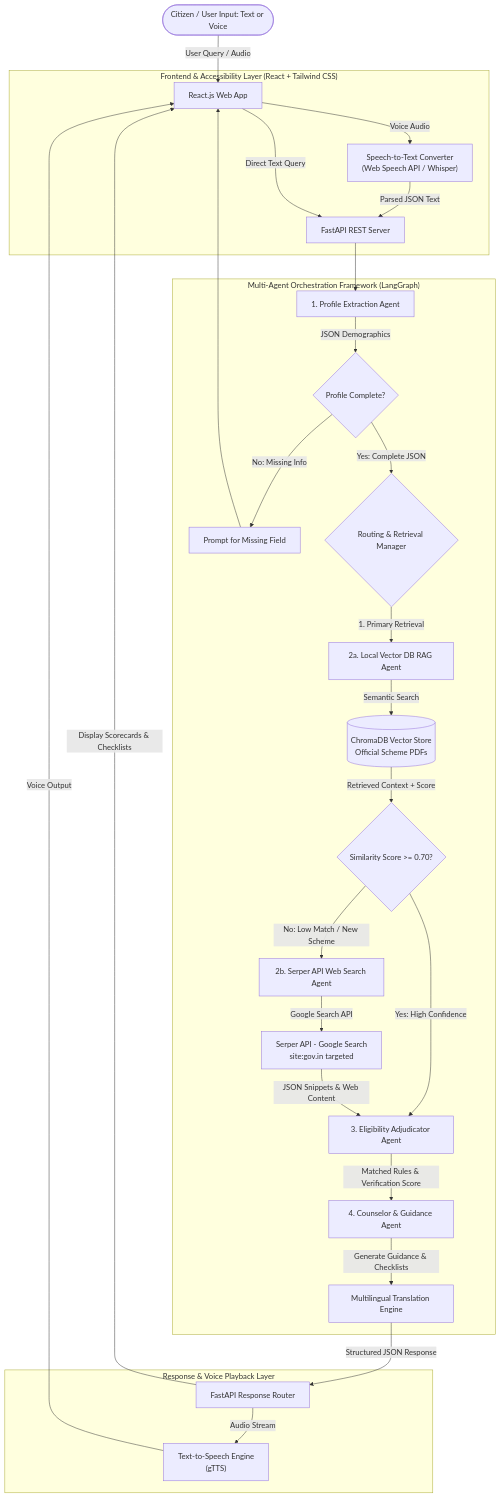
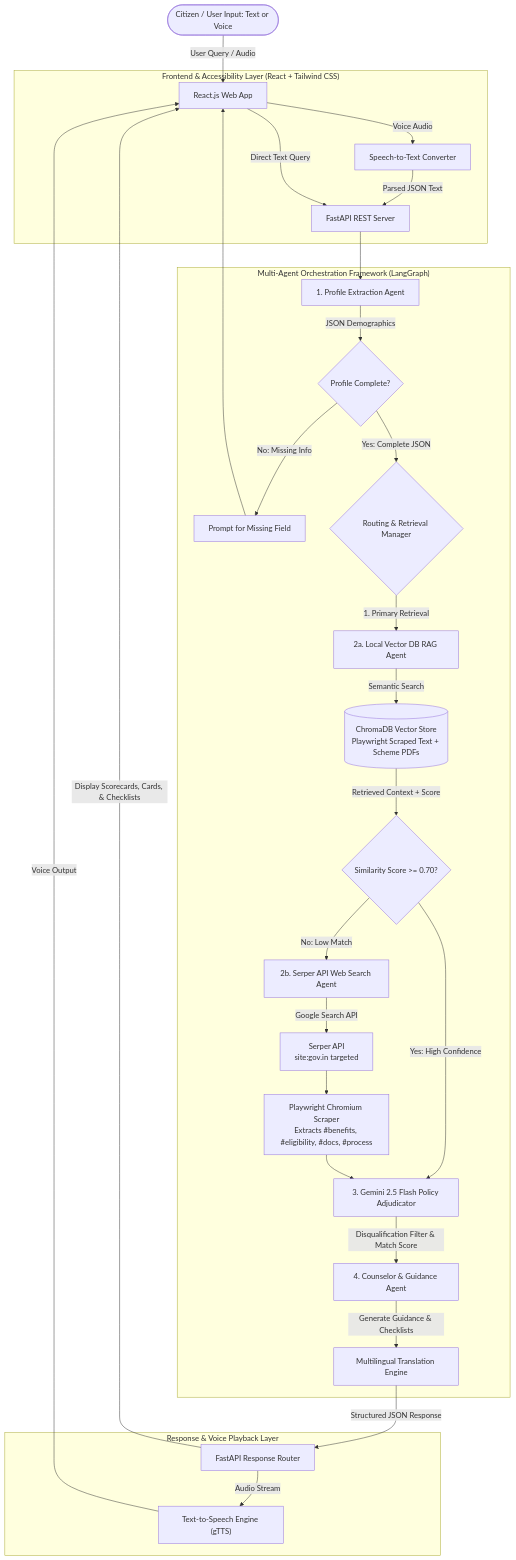
Before and after one commit to vgarg05/Government-Scheme-Discovery-Eligibility-Assistant: the diagram in proposal_implementation.md, drawn with Mermaid. The commit also changed other lines of this file and 110 other files, not shown here.

Commit message:
docs: updated README and proposal to match Python AgentState Pipeline architecture

````diff
--- a/proposal_implementation.md
+++ b/proposal_implementation.md
@@ -36,40 +37,42 @@
 ```mermaid
 graph TD
     User([Citizen / User Input: Text or Voice]) -->|User Query / Audio| UI[React.js Web App]
 
     subgraph InputLayer ["Frontend & Accessibility Layer (React + Tailwind CSS)"]
-        UI -->|Voice Audio| AudioParser["Speech-to-Text Converter<br/>(Web Speech API / Whisper)"]
+        UI -->|Voice Audio| AudioParser["Speech-to-Text Converter"]
         AudioParser -->|Parsed JSON Text| Backend[FastAPI REST Server]
         UI -->|Direct Text Query| Backend
     end
 
     subgraph Orchestration ["Multi-Agent Orchestration Framework (LangGraph)"]
         Backend --> ProfileAgent[1. Profile Extraction Agent]
         ProfileAgent -->|JSON Demographics| ClarifyCheck{Profile Complete?}
         ClarifyCheck -->|No: Missing Info| ClarifyUser[Prompt for Missing Field]
         ClarifyUser --> UI
 
         ClarifyCheck -->|Yes: Complete JSON| RouterAgent{Routing & Retrieval Manager}
 
         RouterAgent -->|1. Primary Retrieval| RAGAgent[2a. Local Vector DB RAG Agent]
-        RAGAgent -->|Semantic Search| VectorDB[("ChromaDB Vector Store<br/>Official Scheme PDFs")]
+        RAGAgent -->|Semantic Search| VectorDB[("ChromaDB Vector Store<br/>Playwright Scraped Text + Scheme PDFs")]
 
         VectorDB -->|Retrieved Context + Score| ConfidenceCheck{Similarity Score >= 0.70?}
 
-        ConfidenceCheck -->|Yes: High Confidence| AdjudicatorAgent[3. Eligibility Adjudicator Agent]
-        ConfidenceCheck -->|No: Low Match / New Scheme| WebAgent[2b. Serper API Web Search Agent]
+        ConfidenceCheck -->|Yes: High Confidence| AdjudicatorAgent[3. Gemini 2.5 Flash Policy Adjudicator]
+        ConfidenceCheck -->|No: Low Match| WebAgent[2b. Serper API Web Search Agent]
 
-        WebAgent -->|Google Search API| SerperAPI["Serper API - Google Search<br/>site:gov.in targeted"]
-        SerperAPI -->|JSON Snippets & Web Content| AdjudicatorAgent
+        WebAgent -->|Google Search API| SerperAPI["Serper API<br/>site:gov.in targeted"]
+        SerperAPI --> PlaywrightScraper["Playwright Chromium Scraper<br/>Extracts #benefits, #eligibility, #docs, #process"]
 
-        AdjudicatorAgent -->|Matched Rules & Verification Score| CounselorAgent[4. Counselor & Guidance Agent]
+        PlaywrightScraper --> AdjudicatorAgent
+
+        AdjudicatorAgent -->|Disqualification Filter & Match Score| CounselorAgent[4. Counselor & Guidance Agent]
         CounselorAgent -->|Generate Guidance & Checklists| Translator[Multilingual Translation Engine]
     end
 
     subgraph OutputLayer ["Response & Voice Playback Layer"]
         Translator -->|Structured JSON Response| BackendResponse[FastAPI Response Router]
-        BackendResponse -->|Display Scorecards & Checklists| UI
-        BackendResponse -->|Audio Stream| TTS["Text-to-Speech Engine<br/>(gTTS)"]
+        BackendResponse -->|Display Scorecards, Cards, & Checklists| UI
+        BackendResponse -->|Audio Stream| TTS["Text-to-Speech Engine (gTTS)"]
         TTS -->|Voice Output| UI
     end
 ```
````
